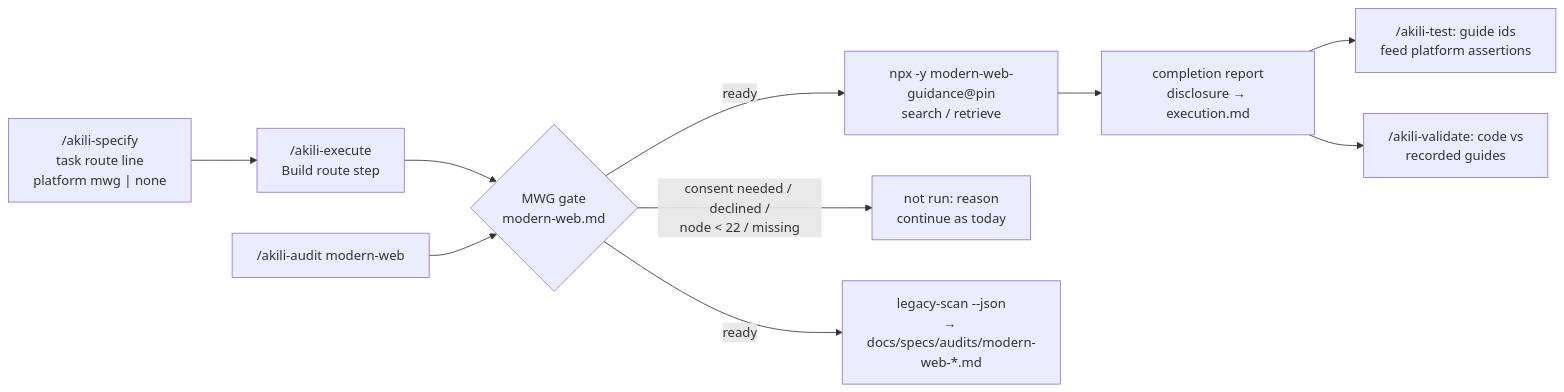
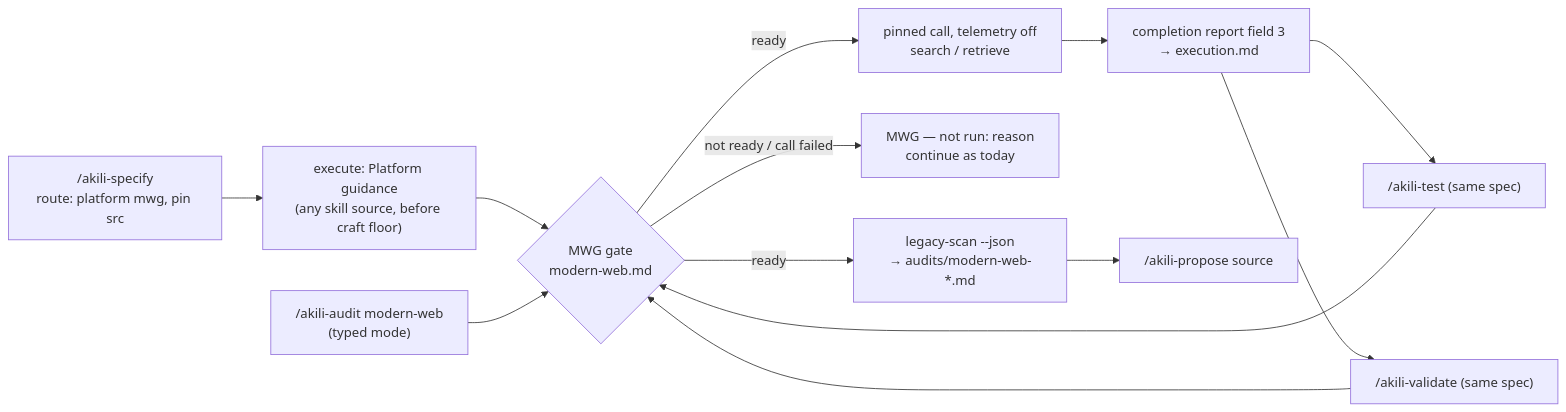
One commit to JuankCadavid/akili-specs changed the diagram in docs/specs/changes/modern-web-guidance/design.md. Above: the diagram before and after it, drawn with Mermaid. The commit also changed other lines of this file and 2 other files, not shown here.

Commit message:
[SPEC:changes/modern-web-guidance] judgment-day round 1: fix only (S-1..S-8, W-1..W-9), amend FR-1/2/4/11

````diff
--- a/docs/specs/changes/modern-web-guidance/design.md
+++ b/docs/specs/changes/modern-web-guidance/design.md
@@ -23,12 +43,12 @@
 ```mermaid
 flowchart LR
-  S["/akili-specify<br/>task route line<br/>platform mwg | none"] --> E["/akili-execute<br/>Build route step"]
+  S["/akili-specify<br/>route: platform mwg, pin src"] --> E["execute: Platform guidance<br/>(any skill source, before craft floor)"]
   E --> G{"MWG gate<br/>modern-web.md"}
-  G -- ready --> C["npx -y modern-web-guidance@pin<br/>search / retrieve"]
-  G -- "consent needed / declined /<br/>node < 22 / missing" --> N["not run: reason<br/>continue as today"]
-  C --> R["completion report<br/>disclosure → execution.md"]
-  R --> T["/akili-test: guide ids<br/>feed platform assertions"]
-  R --> V["/akili-validate: code vs<br/>recorded guides"]
-  A["/akili-audit modern-web"] --> G
-  G -- ready --> L["legacy-scan --json<br/>→ docs/specs/audits/modern-web-*.md"]
+  G -- ready --> C["pinned call, telemetry off<br/>search / retrieve"]
+  G -- "not ready / call failed" --> N["MWG — not run: reason<br/>continue as today"]
+  C --> R["completion report field 3<br/>→ execution.md"]
+  R --> T["/akili-test (same spec)"] --> G
+  R --> V["/akili-validate (same spec)"] --> G
+  A["/akili-audit modern-web<br/>(typed mode)"] --> G
+  G -- ready --> L["legacy-scan --json<br/>→ audits/modern-web-*.md"] --> P["/akili-propose source"]
 ```
````
